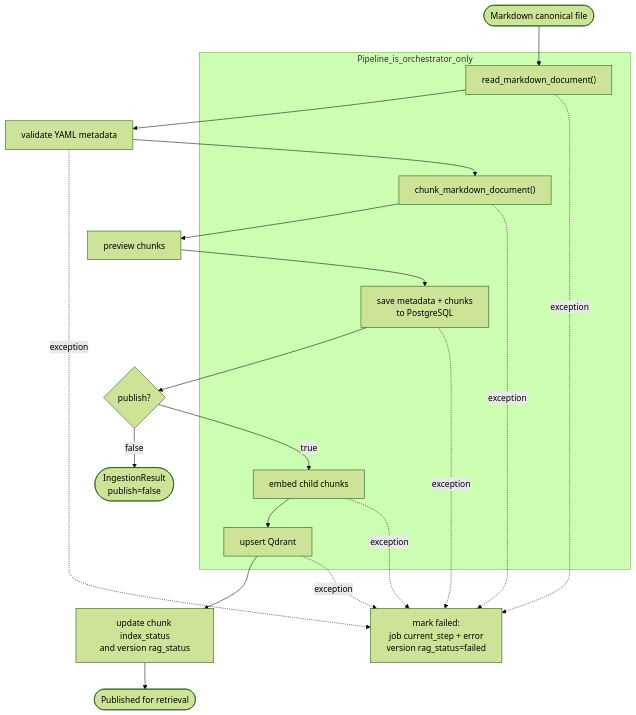
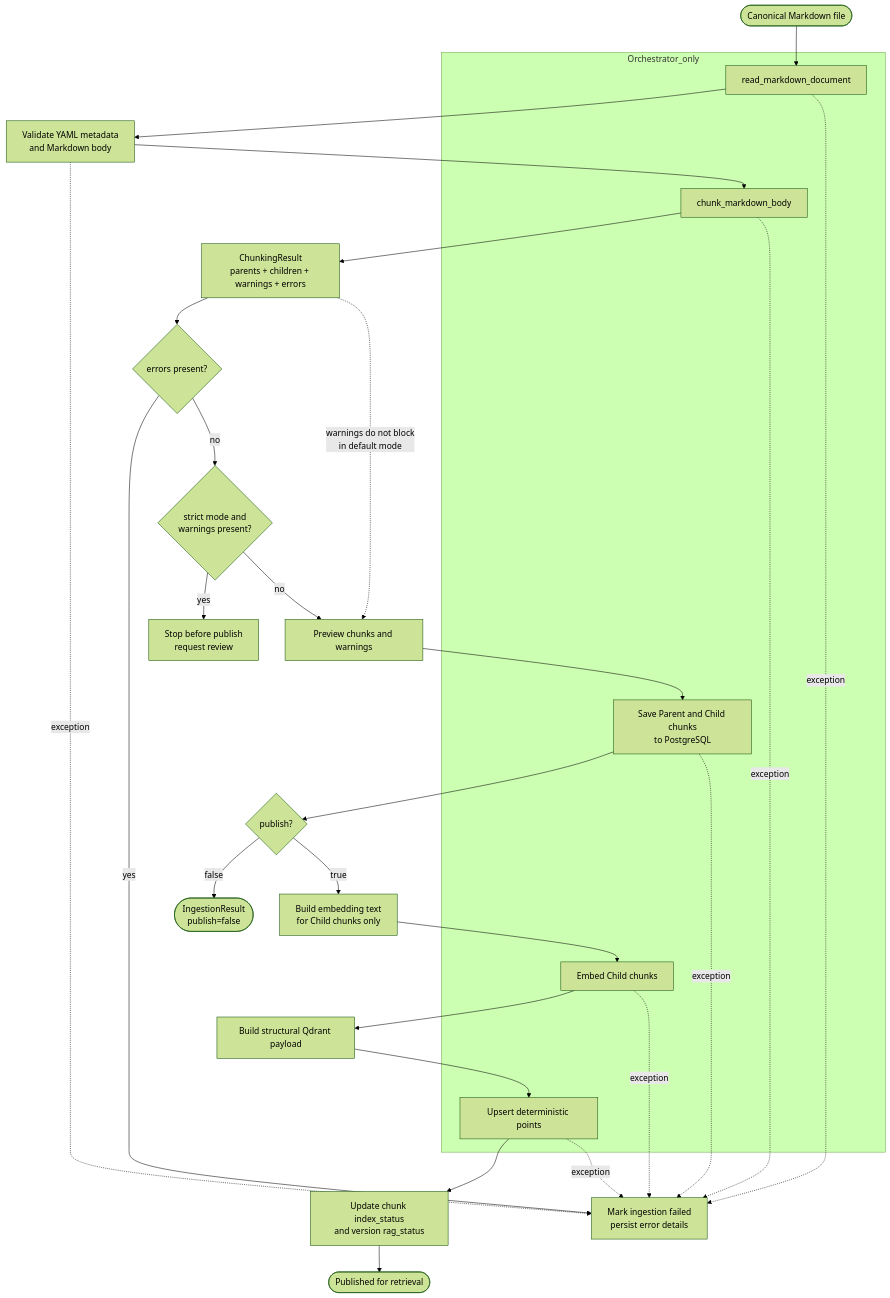
Before and after one commit to Ngocanhjr/CSS-CTU-Student-Service: the diagram in .docs/diagrams/flowchart/07_13_ingestion_pipeline_publish_modes_flow.mmd, drawn with Mermaid (forest theme). The commit also changed 36 other files, not shown here.

Commit message:
edit guild and add flowchart

```diff
--- a/.docs/diagrams/flowchart/07_13_ingestion_pipeline_publish_modes_flow.mmd
+++ b/.docs/diagrams/flowchart/07_13_ingestion_pipeline_publish_modes_flow.mmd
@@ -1,37 +1,49 @@
 %% Sources:
-%% - chatbot/.docs/guild_implement/07_DETAILED_RAG_INGESTION_IMPLEMENTATION_GUIDE.md
-%% - chatbot/.docs/guild_implement/13_PART_F_PIPELINE_ORCHESTRATION_GUIDE.md
+%% - 07_DETAILED_RAG_INGESTION_IMPLEMENTATION_GUIDE.md
+%% - 13_PART_F_PIPELINE_ORCHESTRATION_GUIDE.md
+%% - 22_CHUNKING_RETRIEVAL_RECONCILIATION_GUIDE.md
 
 flowchart TD
-    A(["Markdown canonical file"])
-    B["read_markdown_document()"]
-    C["validate YAML metadata"]
-    D["chunk_markdown_document()"]
-    E["preview chunks"]
-    F["save metadata + chunks<br/>to PostgreSQL"]
-    G{publish?}
-    H(["IngestionResult<br/>publish=false"])
-    I["embed child chunks"]
-    J["upsert Qdrant"]
-    K["update chunk index_status<br/>and version rag_status"]
-    L(["Published for retrieval"])
-    X["mark failed:<br/>job current_step + error<br/>version rag_status=failed"]
+    A([Canonical Markdown file])
+    B[read_markdown_document]
+    C[Validate YAML metadata<br/>and Markdown body]
+    D[chunk_markdown_body]
+    E[ChunkingResult<br/>parents + children + warnings + errors]
+    F{errors present?}
+    G[Mark ingestion failed<br/>persist error details]
+    H{strict mode and<br/>warnings present?}
+    I[Stop before publish<br/>request review]
+    J[Preview chunks and warnings]
+    K[Save Parent and Child chunks<br/>to PostgreSQL]
+    L{publish?}
+    M([IngestionResult<br/>publish=false])
+    N[Build embedding text<br/>for Child chunks only]
+    O[Embed Child chunks]
+    P[Build structural Qdrant payload]
+    Q[Upsert deterministic points]
+    R[Update chunk index_status<br/>and version rag_status]
+    S([Published for retrieval])
 
-    A --> B --> C --> D --> E --> F --> G
-    G -->|false| H
-    G -->|true| I --> J --> K --> L
+    A --> B --> C --> D --> E --> F
+    F -->|yes| G
+    F -->|no| H
+    H -->|yes| I
+    H -->|no| J --> K --> L
+    L -->|false| M
+    L -->|true| N --> O --> P --> Q --> R --> S
 
-    B -. exception .-> X
-    C -. exception .-> X
-    D -. exception .-> X
-    F -. exception .-> X
-    I -. exception .-> X
-    J -. exception .-> X
+    E -. warnings do not block<br/>in default mode .-> J
+    B -. exception .-> G
+    C -. exception .-> G
+    D -. exception .-> G
+    K -. exception .-> G
+    O -. exception .-> G
+    Q -. exception .-> G
 
-    subgraph Pipeline_is_orchestrator_only
+    subgraph Orchestrator_only
         B
         D
-        F
-        I
-        J
+        K
+        O
+        Q
     end
```
